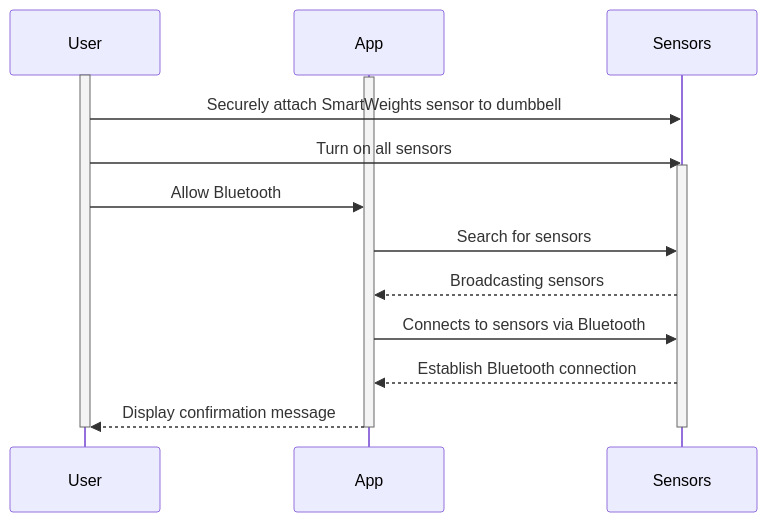
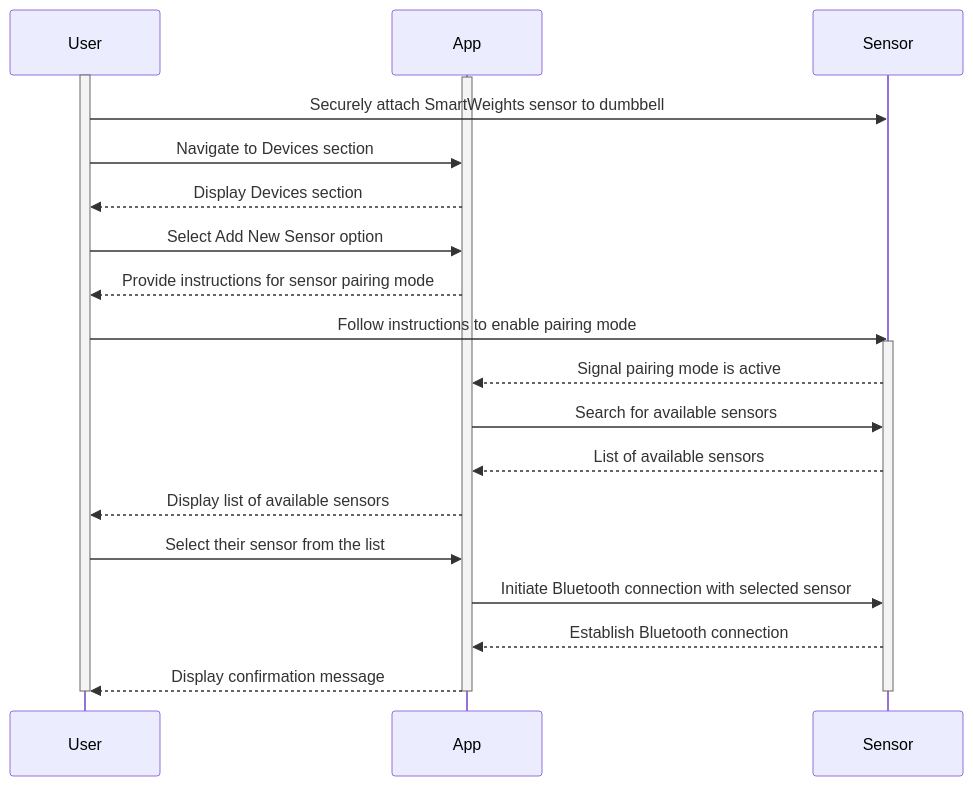
Before and after one commit to Capstone-Projects-2024-Spring/project-smartweights: the sixth of 14 diagrams in documentation/docs/system-architecture/sequence-diagrams.md, drawn with Mermaid. The commit also changed other lines of this file and 107 other files, not shown here.

````diff
--- a/documentation/docs/system-architecture/sequence-diagrams.md
+++ b/documentation/docs/system-architecture/sequence-diagrams.md
@@ -131,23 +199,29 @@
 ```mermaid 
 sequenceDiagram
     participant User
     participant App
-    participant Sensors
+    participant Sensor
     
     activate User
     activate App
 
-    User->>Sensors: Securely attach SmartWeights sensor to dumbbell
-    User->>Sensors: Turn on all sensors
-    activate Sensors
-    User->>App: Allow Bluetooth
-    App->>Sensors: Search for sensors
-    Sensors-->>App: Broadcasting sensors
-    App->>Sensors: Connects to sensors via Bluetooth
-    Sensors-->>App: Establish Bluetooth connection
+    User->>Sensor: Securely attach SmartWeights sensor to dumbbell
+    User->>App: Navigate to Devices section
+    App-->>User: Display Devices section
+    User->>App: Select Add New Sensor option
+    App-->>User: Provide instructions for sensor pairing mode
+    User->>Sensor: Follow instructions to enable pairing mode
+    activate Sensor
+    Sensor-->>App: Signal pairing mode is active
+    App->>Sensor: Search for available sensors
+    Sensor-->>App: List of available sensors
+    App-->>User: Display list of available sensors
+    User->>App: Select their sensor from the list
+    App->>Sensor: Initiate Bluetooth connection with selected sensor
+    Sensor-->>App: Establish Bluetooth connection
     App-->>User: Display confirmation message
 
     deactivate User
     deactivate App
-    deactivate Sensors
+    deactivate Sensor
 ```
````
